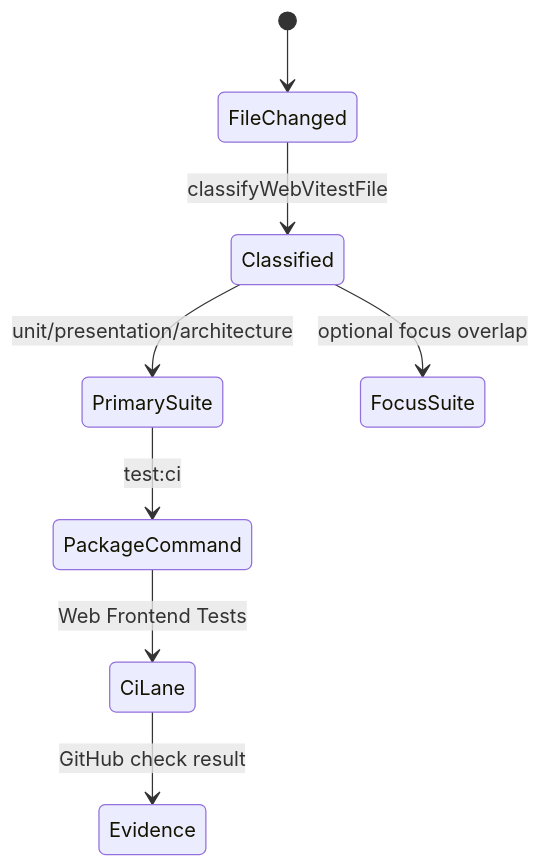
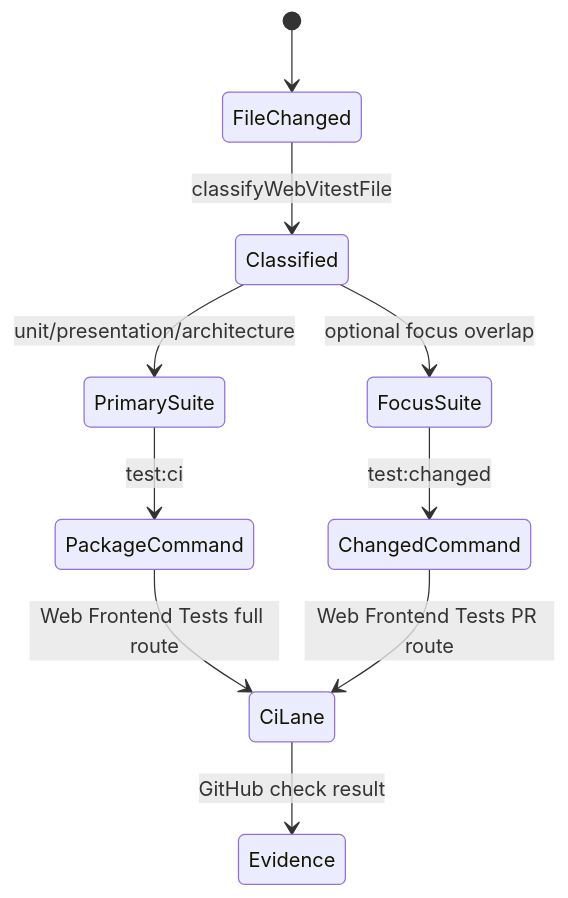
Before and after one commit to dunay2/dvt: the first of 2 diagrams in docs/architecture/components/web/frontend-test-governance-component.md, drawn with Mermaid. The commit also changed other lines of this file and 9 other files, not shown here.

Commit message:
ci(web): Route web PR tests through changed suites

````diff
--- a/docs/architecture/components/web/frontend-test-governance-component.md
+++ b/docs/architecture/components/web/frontend-test-governance-component.md
@@ -60,10 +64,12 @@
 ```mermaid
 stateDiagram-v2
   [*] --> FileChanged
   FileChanged --> Classified: classifyWebVitestFile
   Classified --> PrimarySuite: unit/presentation/architecture
   Classified --> FocusSuite: optional focus overlap
   PrimarySuite --> PackageCommand: test:ci
-  PackageCommand --> CiLane: Web Frontend Tests
+  FocusSuite --> ChangedCommand: test:changed
+  PackageCommand --> CiLane: Web Frontend Tests full route
+  ChangedCommand --> CiLane: Web Frontend Tests PR route
   CiLane --> Evidence: GitHub check result
 ```
````
